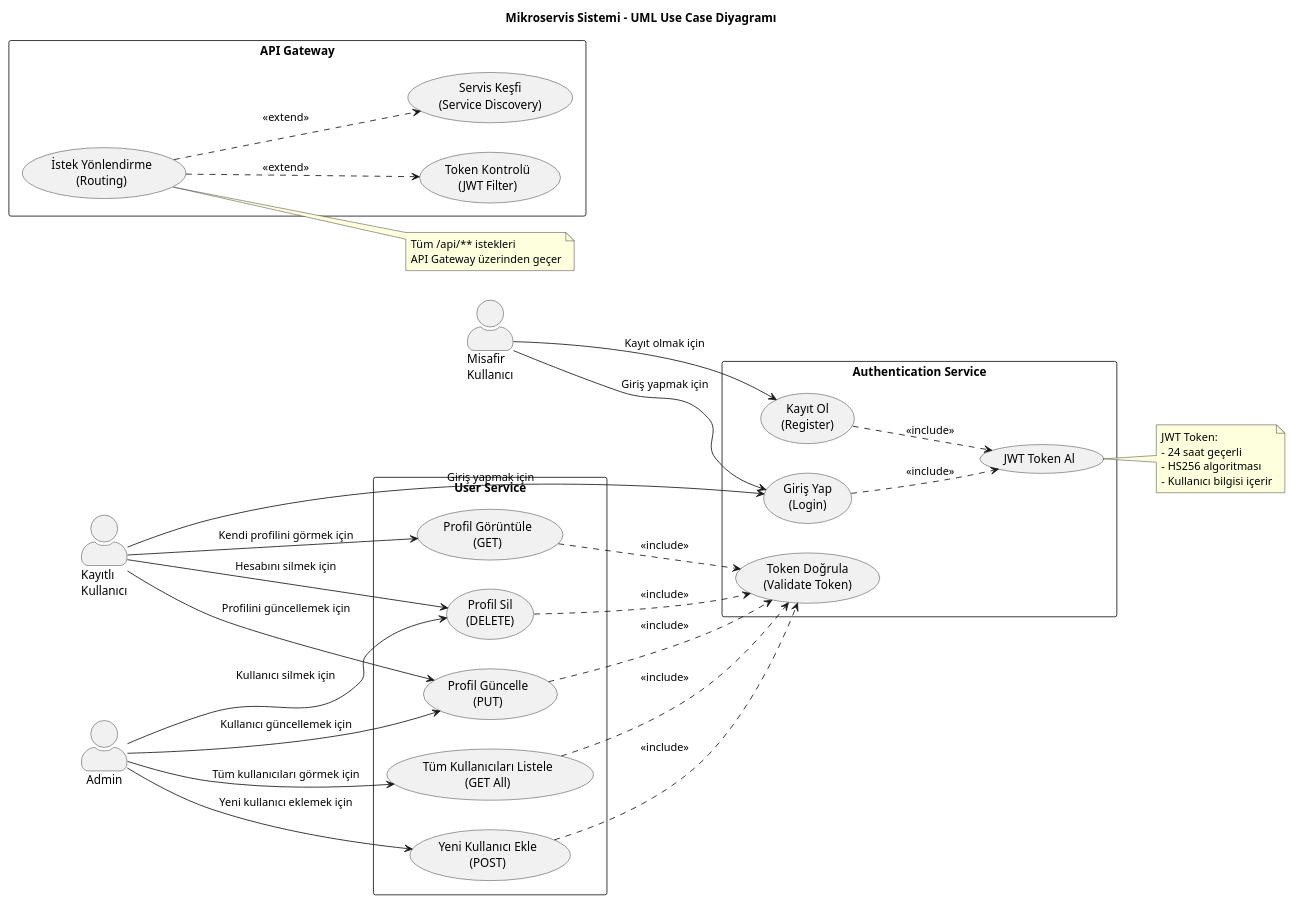
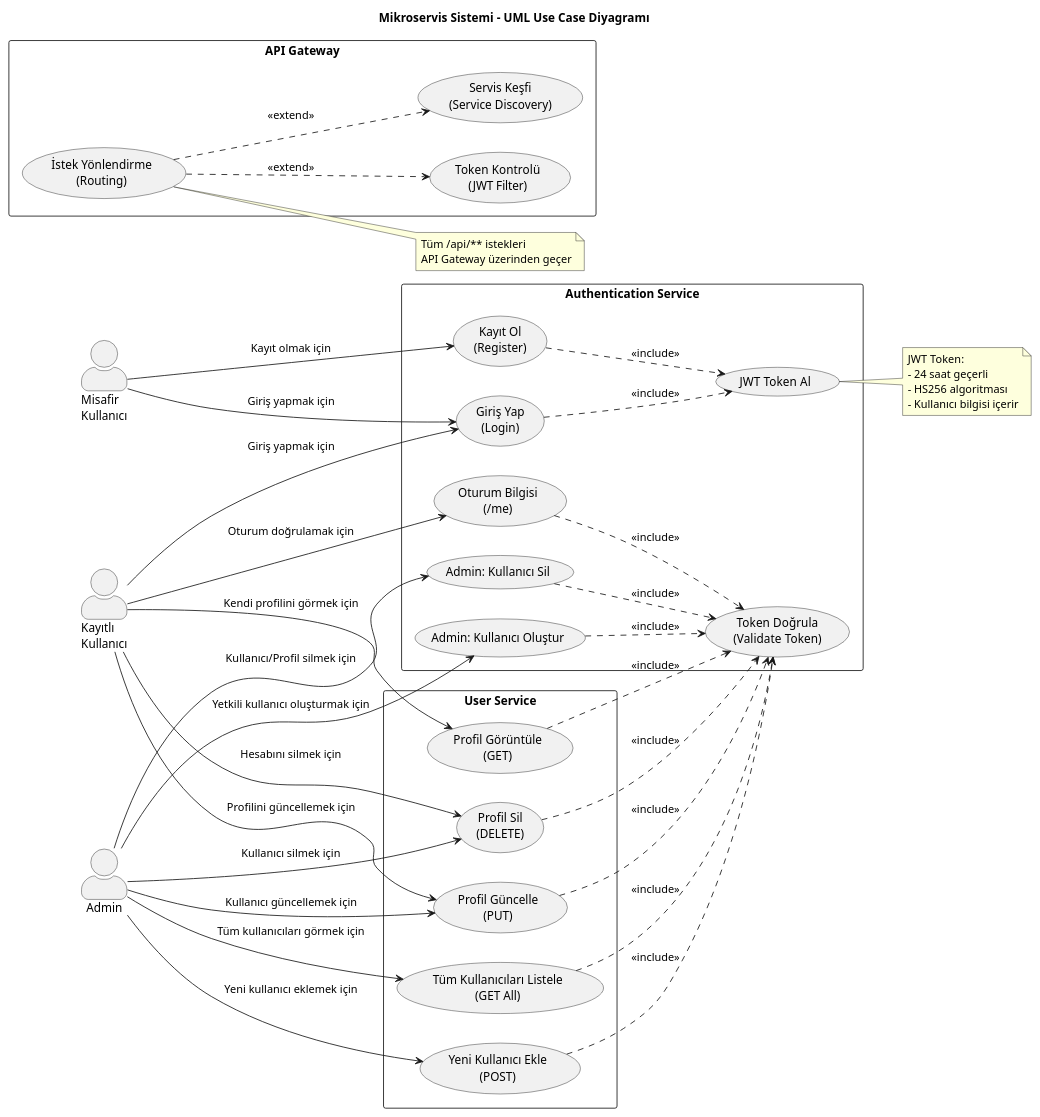
One commit to Teknowm3/Spring-Boot-Mikroservis-Projesi changed the diagram in projeOdevi/docs/use-case.puml. Above: the diagram before and after it, drawn with PlantUML. The commit also changed 2 other files, not shown here.

Commit message:
readme & diagrams update

```diff
--- a/projeOdevi/docs/use-case.puml
+++ b/projeOdevi/docs/use-case.puml
@@ -1,73 +1,82 @@
 @startuml Use Case Diagram
 
 left to right direction
 skinparam actorStyle awesome
 skinparam packageStyle rectangle
 
 title Mikroservis Sistemi - UML Use Case Diyagramı
 
 actor "Misafir\nKullanıcı" as guest
 actor "Kayıtlı\nKullanıcı" as user
 actor "Admin" as admin
 
 rectangle "Authentication Service" {
     usecase "Kayıt Ol\n(Register)" as UC1
     usecase "Giriş Yap\n(Login)" as UC2
     usecase "Token Doğrula\n(Validate Token)" as UC3
     usecase "JWT Token Al" as UC4
+    usecase "Oturum Bilgisi\n(/me)" as UC13
+    usecase "Admin: Kullanıcı Oluştur" as UC14
+    usecase "Admin: Kullanıcı Sil" as UC15
 }
 
 rectangle "User Service" {
     usecase "Profil Görüntüle\n(GET)" as UC5
     usecase "Profil Güncelle\n(PUT)" as UC6
     usecase "Profil Sil\n(DELETE)" as UC7
     usecase "Tüm Kullanıcıları Listele\n(GET All)" as UC8
     usecase "Yeni Kullanıcı Ekle\n(POST)" as UC9
 }
 
 rectangle "API Gateway" {
     usecase "İstek Yönlendirme\n(Routing)" as UC10
     usecase "Token Kontrolü\n(JWT Filter)" as UC11
     usecase "Servis Keşfi\n(Service Discovery)" as UC12
 }
 
 ' Guest relationships
 guest --> UC1 : Kayıt olmak için
 guest --> UC2 : Giriş yapmak için
 
 ' User relationships
 user --> UC2 : Giriş yapmak için
 user --> UC5 : Kendi profilini görmek için
 user --> UC6 : Profilini güncellemek için
 user --> UC7 : Hesabını silmek için
+user --> UC13 : Oturum doğrulamak için
 
 ' Admin relationships
 admin --> UC8 : Tüm kullanıcıları görmek için
 admin --> UC9 : Yeni kullanıcı eklemek için
 admin --> UC7 : Kullanıcı silmek için
 admin --> UC6 : Kullanıcı güncellemek için
+admin --> UC14 : Yetkili kullanıcı oluşturmak için
+admin --> UC15 : Kullanıcı/Profil silmek için
 
 ' Include relationships
 UC1 ..> UC4 : <<include>>
 UC2 ..> UC4 : <<include>>
 UC5 ..> UC3 : <<include>>
 UC6 ..> UC3 : <<include>>
 UC7 ..> UC3 : <<include>>
 UC8 ..> UC3 : <<include>>
 UC9 ..> UC3 : <<include>>
+UC13 ..> UC3 : <<include>>
+UC14 ..> UC3 : <<include>>
+UC15 ..> UC3 : <<include>>
 
 ' API Gateway extends
 UC10 ..> UC11 : <<extend>>
 UC10 ..> UC12 : <<extend>>
 
 note "Tüm /api/** istekleri\nAPI Gateway üzerinden geçer" as N1
 UC10 .. N1
 
 note right of UC4
   JWT Token:
   - 24 saat geçerli
   - HS256 algoritması
   - Kullanıcı bilgisi içerir
 end note
 
 @enduml
```
